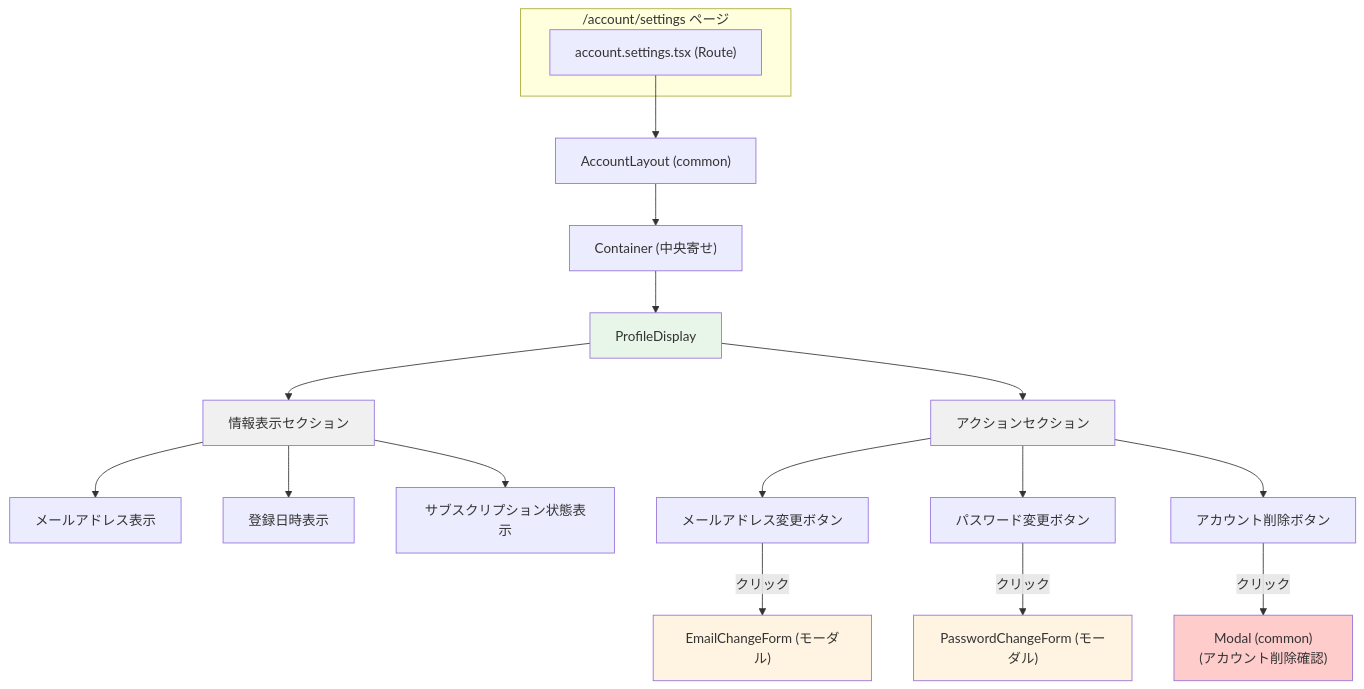
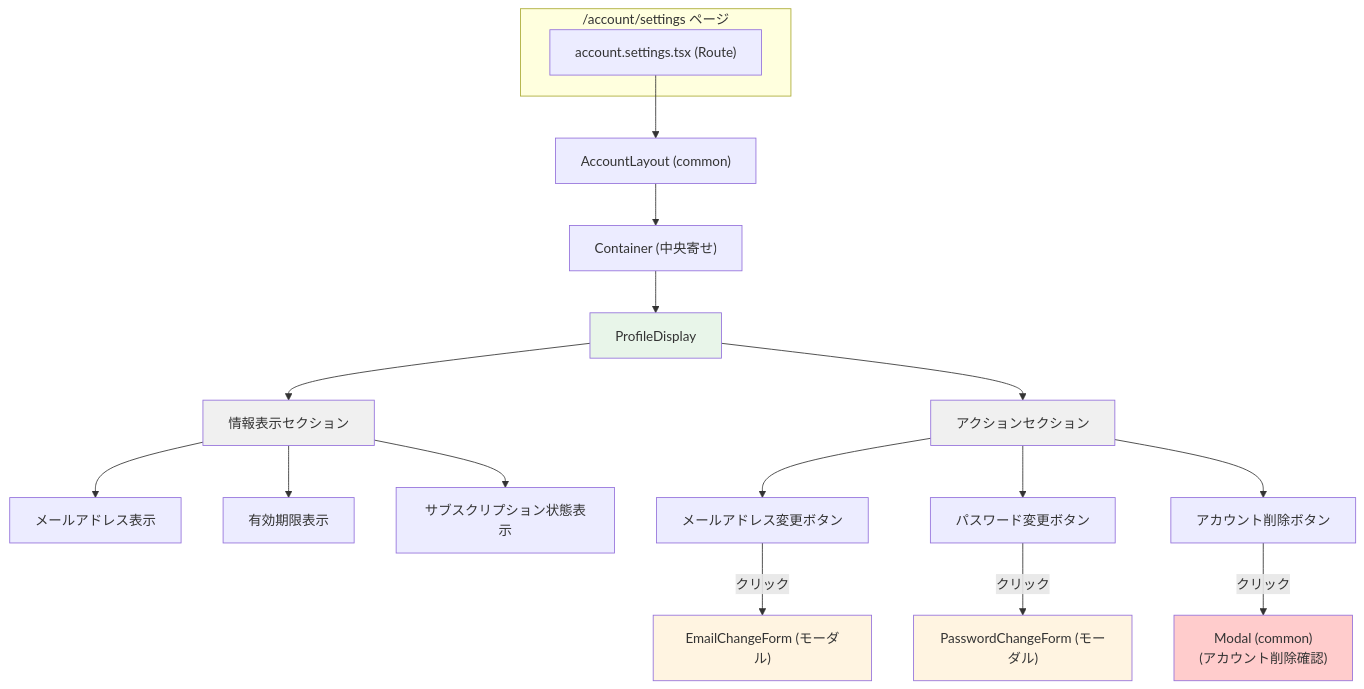
Before and after one commit to tezuka-Akihiro/ClaudeMix: the first of 7 diagrams in develop/account/profile/uiux-spec.md, drawn with Mermaid. The commit also changed 11 other files, not shown here.

````diff
--- a/develop/account/profile/uiux-spec.md
+++ b/develop/account/profile/uiux-spec.md
@@ -85,32 +85,32 @@
 ```mermaid
 graph TD
     subgraph SettingsPage["/account/settings ページ"]
         Route["account.settings.tsx (Route)"]
     end
 
     Route --> AccountLayout["AccountLayout (common)"]
     AccountLayout --> Container["Container (中央寄せ)"]
     Container --> ProfileDisplay["ProfileDisplay"]
 
     ProfileDisplay --> InfoSection["情報表示セクション"]
     ProfileDisplay --> ActionsSection["アクションセクション"]
 
     InfoSection --> EmailDisplay["メールアドレス表示"]
-    InfoSection --> DateDisplay["登録日時表示"]
+    InfoSection --> DateDisplay["有効期限表示"]
     InfoSection --> SubDisplay["サブスクリプション状態表示"]
 
     ActionsSection --> EmailBtn["メールアドレス変更ボタン"]
     ActionsSection --> PasswordBtn["パスワード変更ボタン"]
     ActionsSection --> DeleteBtn["アカウント削除ボタン"]
 
     EmailBtn -- "クリック" --> EmailModal["EmailChangeForm (モーダル)"]
     PasswordBtn -- "クリック" --> PasswordModal["PasswordChangeForm (モーダル)"]
     DeleteBtn -- "クリック" --> DeleteModal["Modal (common)<br/>(アカウント削除確認)"]
 
     style ProfileDisplay fill:#e8f5e9
     style InfoSection fill:#f0f0f0
     style ActionsSection fill:#f0f0f0
     style EmailModal fill:#fff4e1
     style PasswordModal fill:#fff4e1
     style DeleteModal fill:#ffcccc
 ```
````
